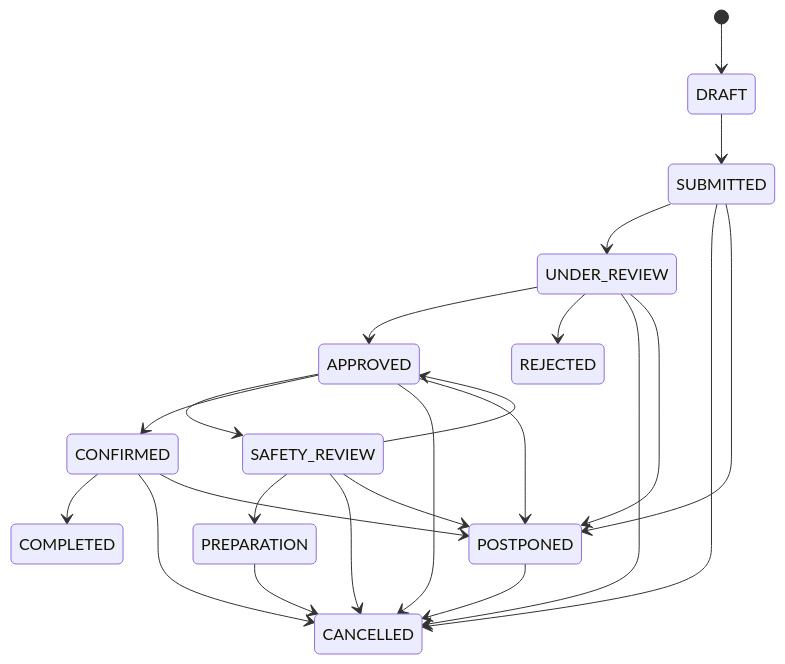
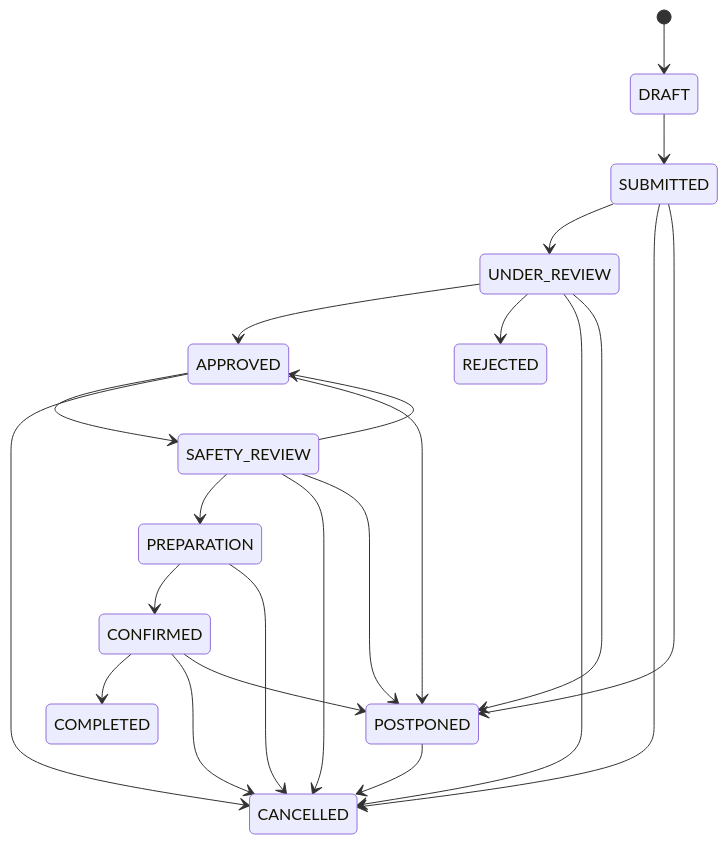
One commit to leecfryan/SPMG5-ConnectSphere- changed the diagram in docs/event-requests.md. Above: the diagram before and after it, drawn with Mermaid. The commit also changed other lines of this file and 6 other files, not shown here.

````diff
--- a/docs/event-requests.md
+++ b/docs/event-requests.md
@@ -105,25 +105,25 @@
 ```mermaid
 stateDiagram-v2
     [*] --> DRAFT
     DRAFT --> SUBMITTED
     SUBMITTED --> UNDER_REVIEW
     UNDER_REVIEW --> APPROVED
     UNDER_REVIEW --> REJECTED
     APPROVED --> SAFETY_REVIEW
     SAFETY_REVIEW --> APPROVED
     SAFETY_REVIEW --> PREPARATION
-    APPROVED --> CONFIRMED
     CONFIRMED --> COMPLETED
     SUBMITTED --> CANCELLED
     UNDER_REVIEW --> CANCELLED
     APPROVED --> CANCELLED
     SAFETY_REVIEW --> CANCELLED
     CONFIRMED --> CANCELLED
+    PREPARATION --> CONFIRMED
     PREPARATION --> CANCELLED
     SUBMITTED --> POSTPONED
     UNDER_REVIEW --> POSTPONED
     APPROVED --> POSTPONED
     SAFETY_REVIEW --> POSTPONED
     CONFIRMED --> POSTPONED
     POSTPONED --> CANCELLED
 ```
````
